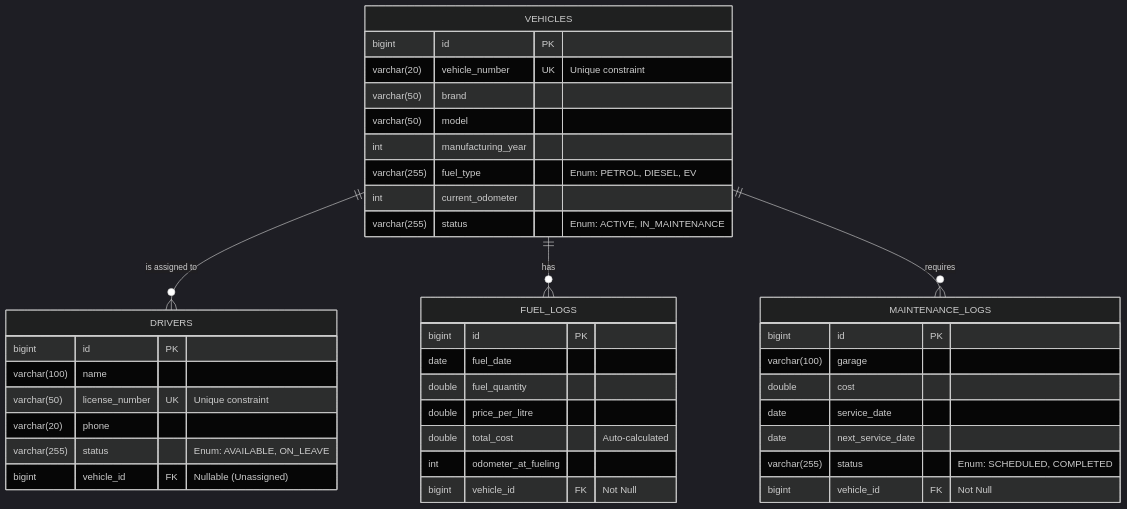
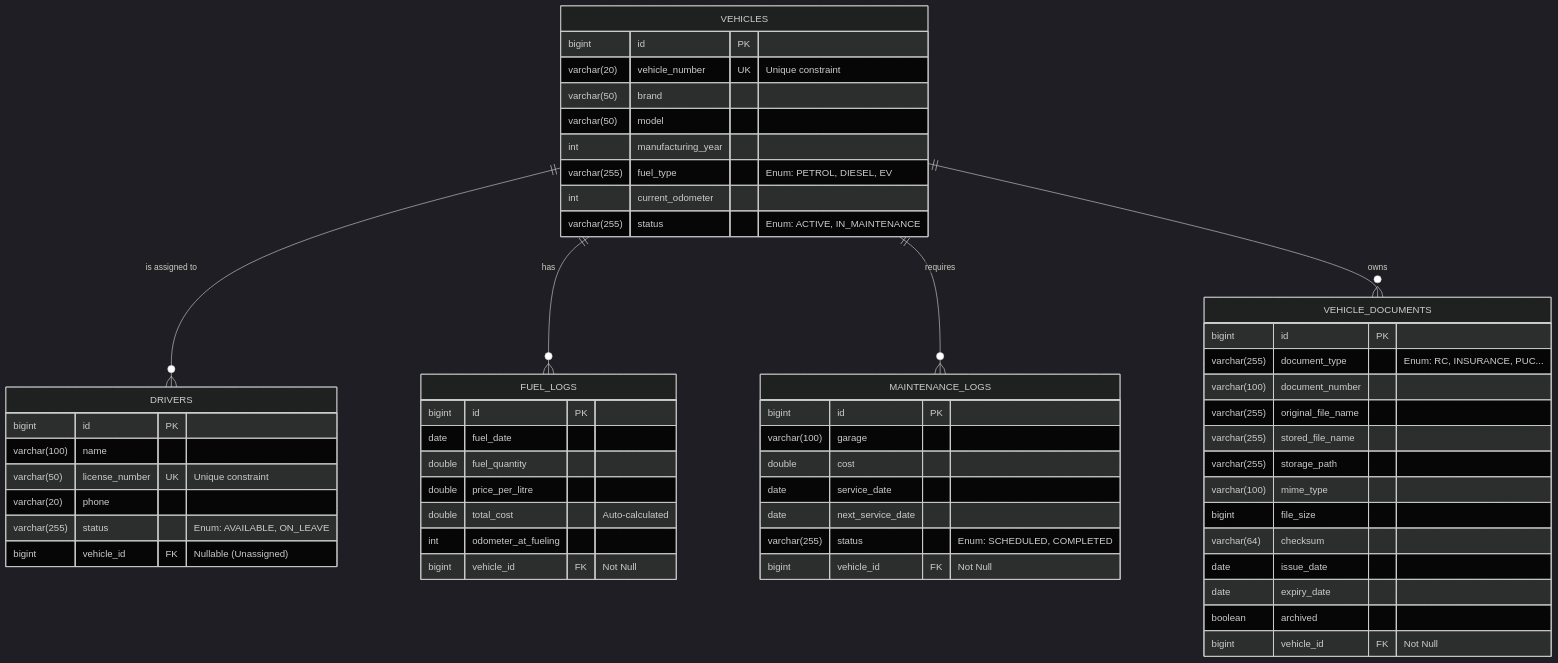
One commit to KrupalDusane/FleetOps changed the diagram in DATABASE.md. Above: the diagram before and after it, drawn with Mermaid (dark theme). The commit also changed other lines of this file and 94 other files, not shown here.

````diff
--- a/DATABASE.md
+++ b/DATABASE.md
@@ -9,46 +9,63 @@
 ```mermaid
 erDiagram
     VEHICLES ||--o{ DRIVERS : "is assigned to"
     VEHICLES ||--o{ FUEL_LOGS : "has"
     VEHICLES ||--o{ MAINTENANCE_LOGS : "requires"
+    VEHICLES ||--o{ VEHICLE_DOCUMENTS : "owns"
 
     VEHICLES {
         bigint id PK
         varchar(20) vehicle_number UK "Unique constraint"
         varchar(50) brand
         varchar(50) model
         int manufacturing_year
         varchar(255) fuel_type "Enum: PETROL, DIESEL, EV"
         int current_odometer
         varchar(255) status "Enum: ACTIVE, IN_MAINTENANCE"
     }
 
     DRIVERS {
         bigint id PK
         varchar(100) name
         varchar(50) license_number UK "Unique constraint"
         varchar(20) phone
         varchar(255) status "Enum: AVAILABLE, ON_LEAVE"
         bigint vehicle_id FK "Nullable (Unassigned)"
     }
 
     FUEL_LOGS {
         bigint id PK
         date fuel_date
         double fuel_quantity
         double price_per_litre
         double total_cost "Auto-calculated"
         int odometer_at_fueling
         bigint vehicle_id FK "Not Null"
     }
 
     MAINTENANCE_LOGS {
         bigint id PK
         varchar(100) garage
         double cost
         date service_date
         date next_service_date
         varchar(255) status "Enum: SCHEDULED, COMPLETED"
         bigint vehicle_id FK "Not Null"
     }
+
+    VEHICLE_DOCUMENTS {
+        bigint id PK
+        varchar(255) document_type "Enum: RC, INSURANCE, PUC..."
+        varchar(100) document_number
+        varchar(255) original_file_name
+        varchar(255) stored_file_name
+        varchar(255) storage_path
+        varchar(100) mime_type
+        bigint file_size
+        varchar(64) checksum
+        date issue_date
+        date expiry_date
+        boolean archived
+        bigint vehicle_id FK "Not Null"
+    }
 ```
````
